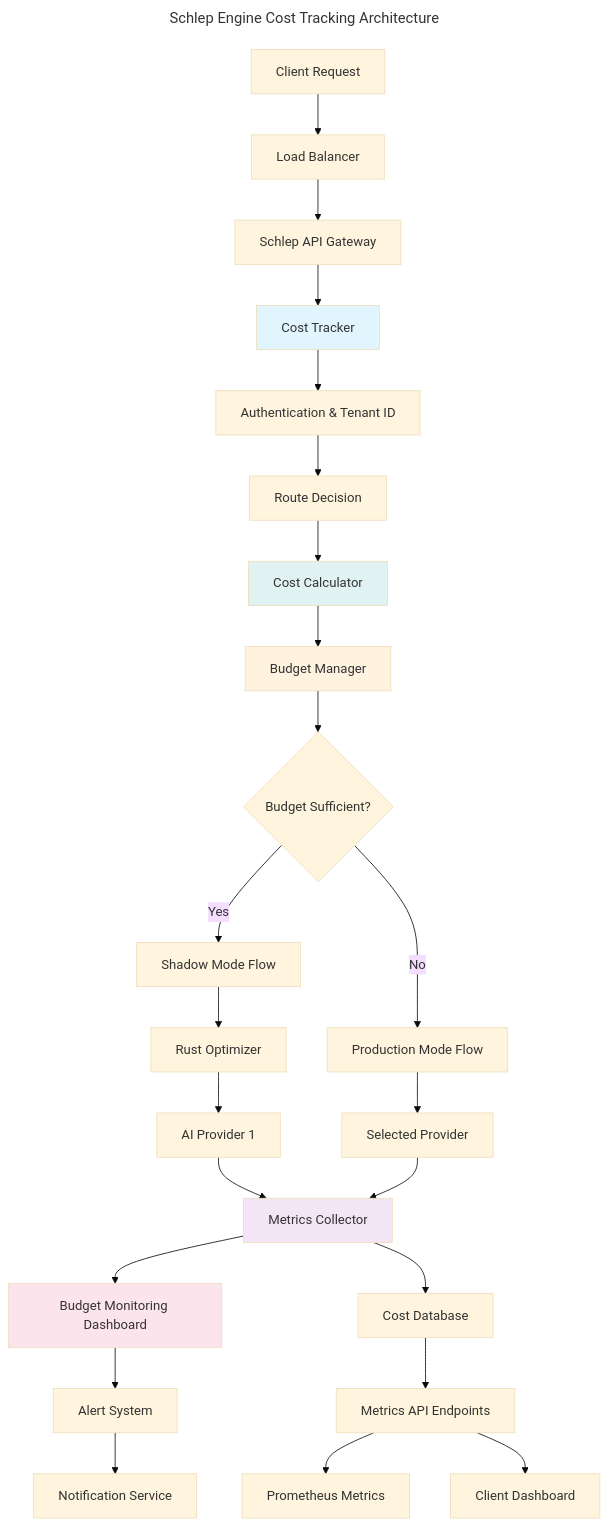
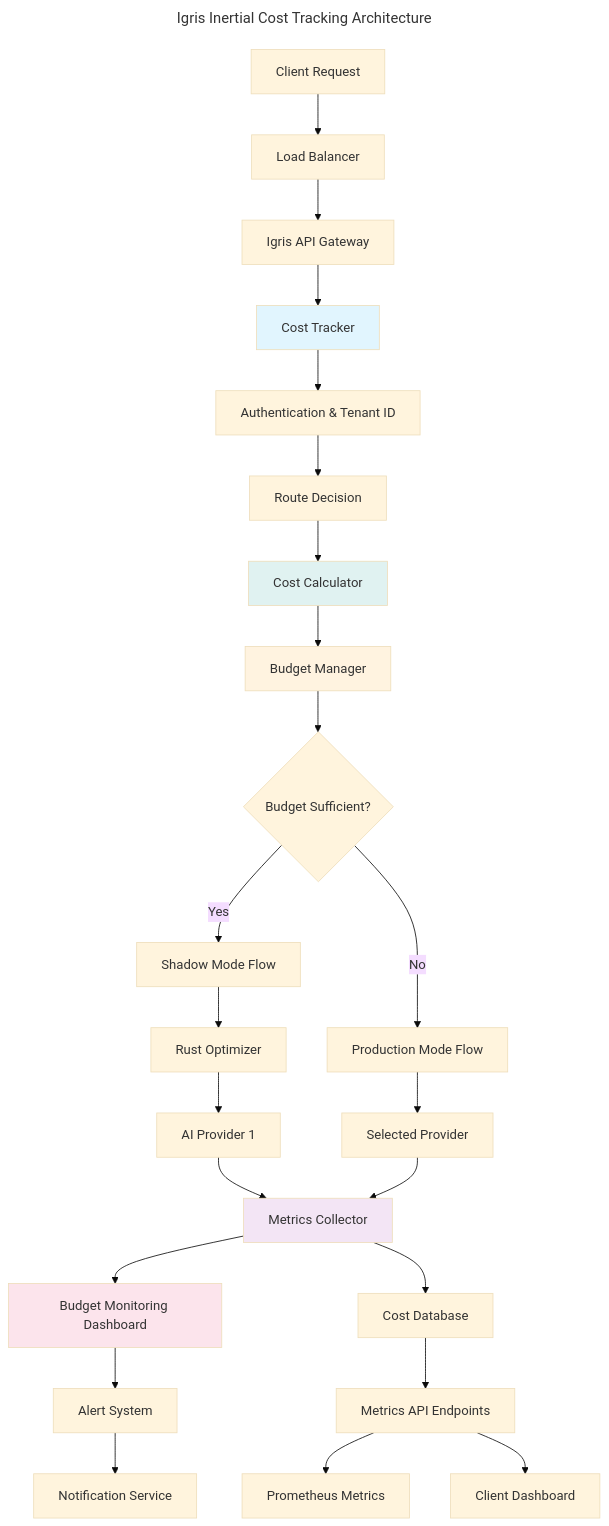
Before and after one commit to rapture-fx/igris: the diagram in docs_int/diagrams/cost-tracking.mmd, drawn with Mermaid (base theme). The commit also changed 681 other files, not shown here.

```diff
--- a/docs_int/diagrams/cost-tracking.mmd
+++ b/docs_int/diagrams/cost-tracking.mmd
@@ -1,43 +1,43 @@
 ---
-title: Schlep Engine Cost Tracking Architecture
+title: Igris Inertial Cost Tracking Architecture
 ---
 
 flowchart TD
     Client[Client Request] --> LB[Load Balancer]
-    LB --> GW[Schlep API Gateway]
+    LB --> GW[Igris API Gateway]
     
     GW --> CT[Cost Tracker]
     CT --> Auth[Authentication & Tenant ID]
     Auth --> Router[Route Decision]
     
     Router --> CC[Cost Calculator]
     CC --> BM[Budget Manager]
     BM --> BudgetCheck{Budget Sufficient?}
     
     BudgetCheck -->|Yes| ShadowFlow[Shadow Mode Flow]
     BudgetCheck -->|No| ProductionFlow[Production Mode Flow]
     
     ShadowFlow --> Rust[Rust Optimizer]
     Rust --> Provider1[AI Provider 1]
     
     ProductionFlow --> Provider2[Selected Provider]
     
     Provider1 --> MT[Metrics Collector]
     Provider2 --> MT
     
     MT --> MC[Budget Monitoring Dashboard]
     MC --> AlertSystem[Alert System]
     
     AlertSystem --> Notification[Notification Service]
     
     MT --> DB[Cost Database]
     DB --> MetricsAPI[Metrics API Endpoints]
     
     MetricsAPI --> Prometheus[Prometheus Metrics]
     MetricsAPI --> ClientUI[Client Dashboard]
     
     style CT fill:#e1f5fe
     style BM fill:#fff3e0
     style MT fill:#f3e5f5
     style CC fill:#e0f2f1
     style MC fill:#fce4ec
```
